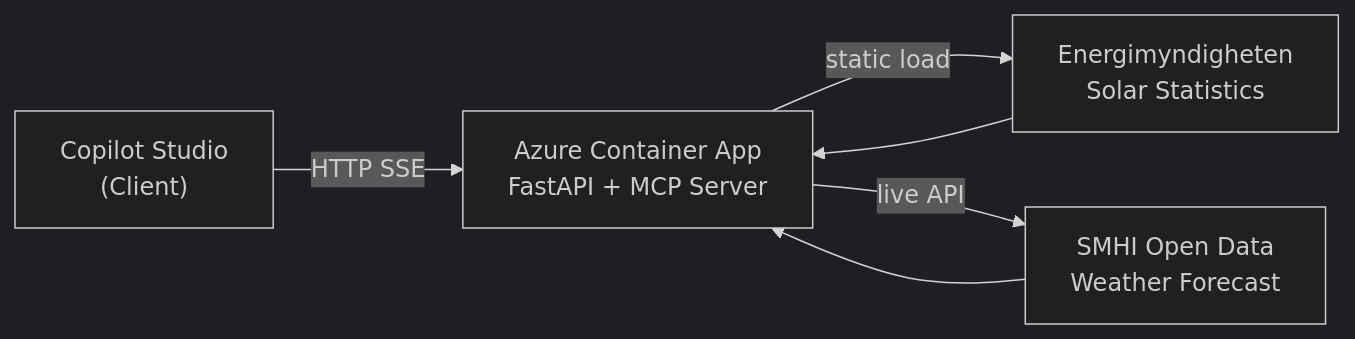
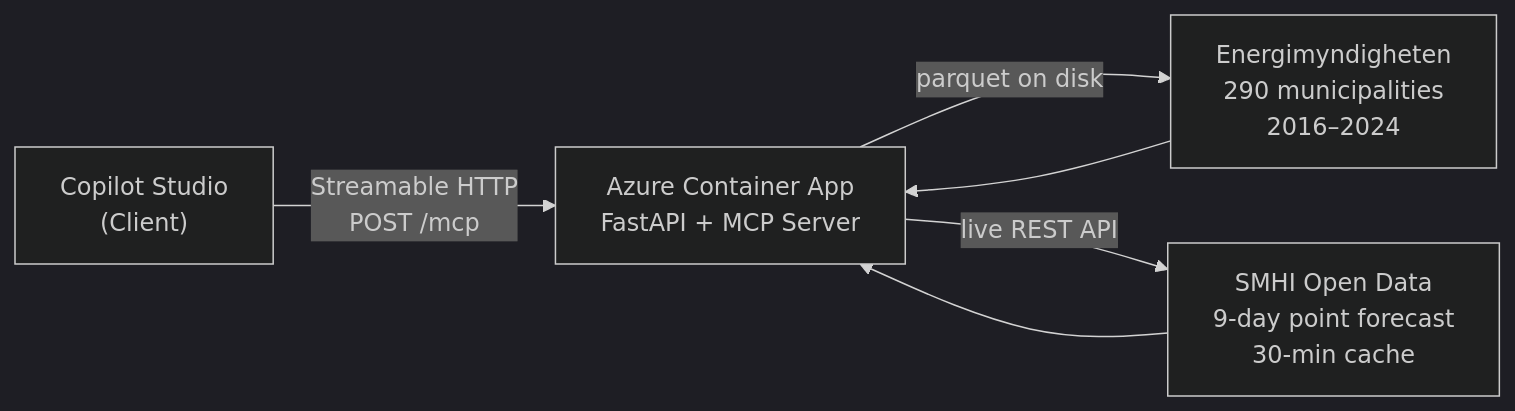
The diagram in presentation/solar-sweden-mcp.qmd (j-jayes/solar-sweden-mcp), drawn with Mermaid (dark theme) before and after one commit. The commit also changed other lines of this file and 23 other files, not shown here.

````diff
--- a/presentation/solar-sweden-mcp.qmd
+++ b/presentation/solar-sweden-mcp.qmd
@@ -57,8 +96,8 @@
 ```{mermaid}
 flowchart LR
-    CS["Copilot Studio\n(Client)"] -->|HTTP SSE| ACA["Azure Container App\nFastAPI + MCP Server"]
-    ACA -->|static load| EM["Energimyndigheten\nSolar Statistics"]
-    ACA -->|live API| SMHI["SMHI Open Data\nWeather Forecast"]
+    CS["Copilot Studio\n(Client)"] -->|Streamable HTTP\nPOST /mcp| ACA["Azure Container App\nFastAPI + MCP Server"]
+    ACA -->|parquet on disk| EM["Energimyndigheten\n290 municipalities\n2016–2024"]
+    ACA -->|live REST API| SMHI["SMHI Open Data\n9-day point forecast\n30-min cache"]
     EM --> ACA
     SMHI --> ACA
 ```
````
